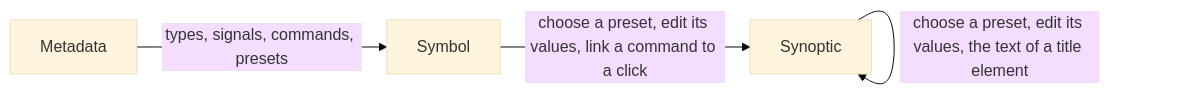
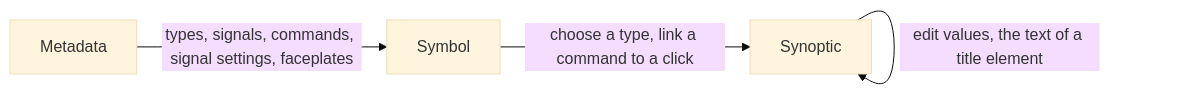
Before and after one commit to AlexandreGallais/synoptic-studio-spec: diagram 49 of 50 in metadata/draft.md, drawn with Mermaid (base theme). The commit also changed other lines of this file and 65 other files, not shown here.

````diff
--- a/metadata/draft.md
+++ b/metadata/draft.md
@@ -2000,6 +1920,6 @@
 ```mermaid
 flowchart LR
-    M[Metadata] -->|"types, signals, commands, presets"| S[Symbol]
-    S -->|"choose a preset, edit its values, link a command to a click"| Y[Synoptic]
-    Y -->|"choose a preset, edit its values, the text of a title element"| Y
+    M[Metadata] -->|"types, signals, commands, signal settings, faceplates"| S[Symbol]
+    S -->|"choose a type, link a command to a click"| Y[Synoptic]
+    Y -->|"edit values, the text of a title element"| Y
 ```
````
